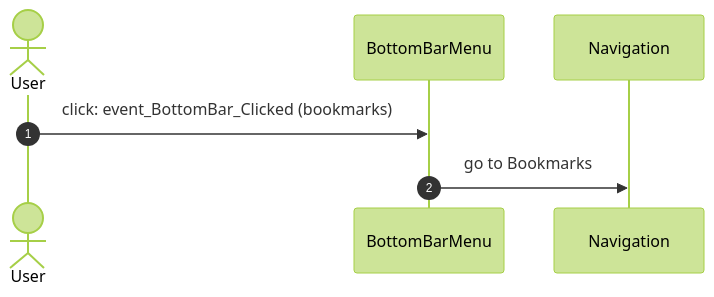
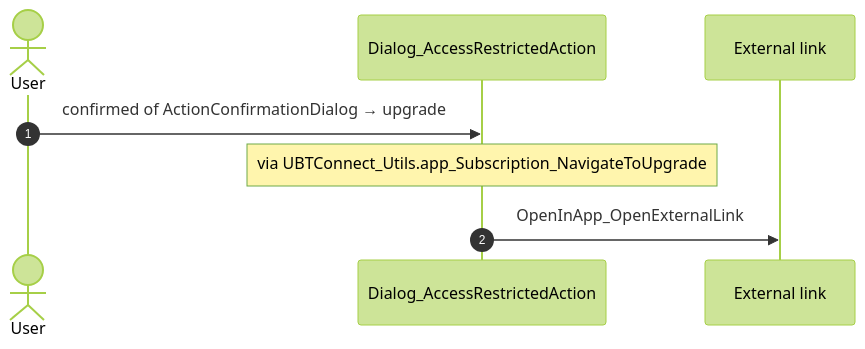
One commit to Phoenix-DX/connect-new-ui changed the seventh of 13 diagrams in migration/route-actions/APP_SHELL.md. Above: the diagram before and after it, drawn with Mermaid (forest theme). The commit also changed other lines of this file and 9 other files, not shown here.

Commit message:
route actions: facts only; user actions as two independent lists (OutSystems view bindings, React JSX bindings) with Mermaid sequences; factual call columns (direct caller, chains, React references); app shell by definition (survey shell, main.tsx code); constants read for React paths

````diff
--- a/migration/route-actions/APP_SHELL.md
+++ b/migration/route-actions/APP_SHELL.md
@@ -242,9 +187,10 @@
 ```mermaid
 sequenceDiagram
   autonumber
   actor U as User
-  participant B as BottomBarMenu
-  participant N as Navigation
-  U->>B: click: event_BottomBar_Clicked (bookmarks)
-  B->>N: go to Bookmarks
+  participant B as Dialog_AccessRestrictedAction
+  participant X as External link
+  U->>B: confirmed of ActionConfirmationDialog → upgrade
+  Note over B: via UBTConnect_Utils.app_Subscription_NavigateToUpgrade
+  B->>X: OpenInApp_OpenExternalLink
 ```
````
